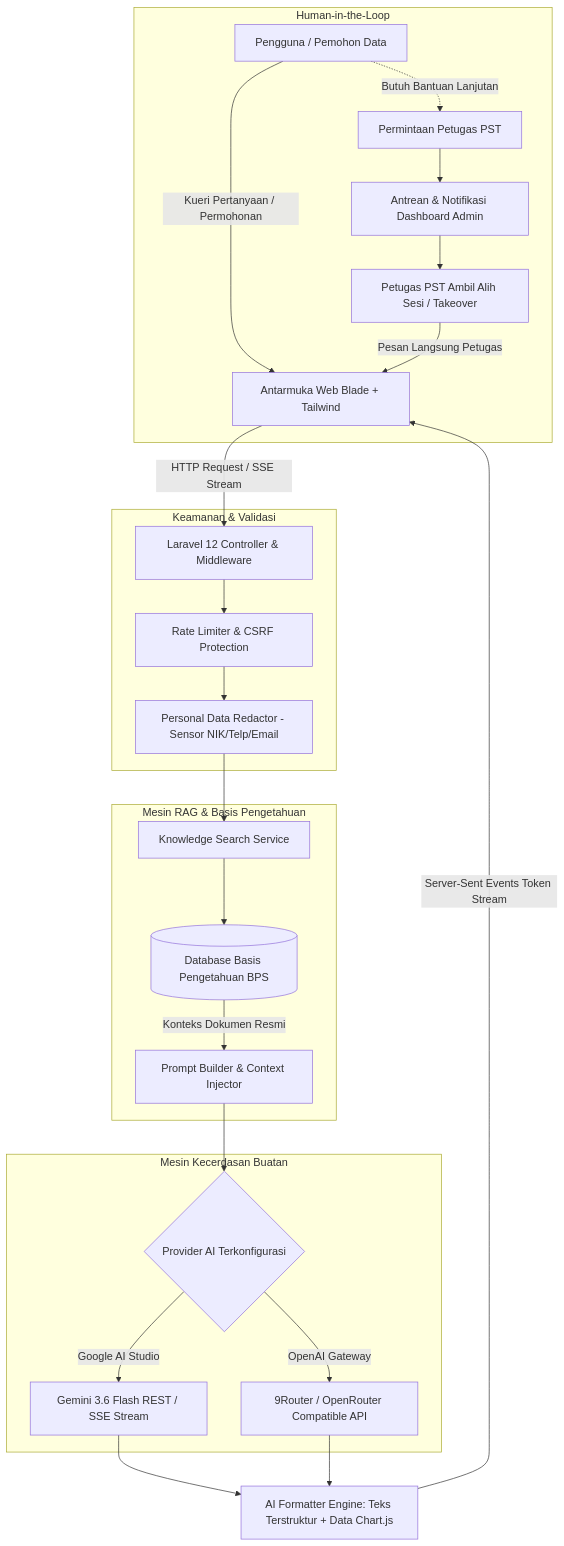
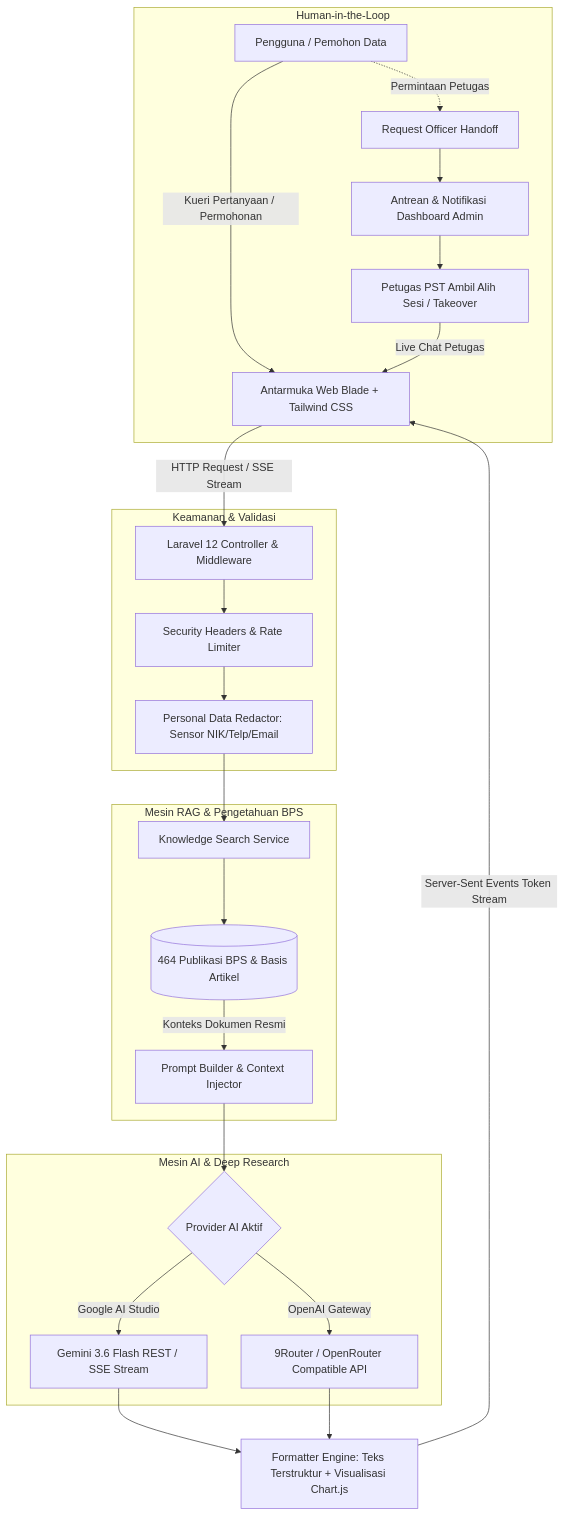
One commit to faizarfi/aichatbotbps changed the diagram in README.md. Above: the diagram before and after it, drawn with Mermaid. The commit also changed other lines of this file and 30 other files, not shown here.

Commit message:
feat: KARTA AI branding, 464 BPS publications sync, 3D spatial map, security hardening & executive README

````diff
--- a/README.md
+++ b/README.md
@@ -42,32 +51,32 @@
 ```mermaid
 flowchart TD
-    A[Pengguna / Pemohon Data] -->|Kueri Pertanyaan / Permohonan| B[Antarmuka Web Blade + Tailwind]
+    A[Pengguna / Pemohon Data] -->|Kueri Pertanyaan / Permohonan| B[Antarmuka Web Blade + Tailwind CSS]
     B -->|HTTP Request / SSE Stream| C[Laravel 12 Controller & Middleware]
-    
+
     subgraph Keamanan & Validasi
-        C --> D[Rate Limiter & CSRF Protection]
-        D --> E[Personal Data Redactor - Sensor NIK/Telp/Email]
+        C --> D[Security Headers & Rate Limiter]
+        D --> E[Personal Data Redactor: Sensor NIK/Telp/Email]
     end
 
-    subgraph Mesin RAG & Basis Pengetahuan
+    subgraph Mesin RAG & Pengetahuan BPS
         E --> F[Knowledge Search Service]
-        F --> G[(Database Basis Pengetahuan BPS)]
+        F --> G[(464 Publikasi BPS & Basis Artikel)]
         G -->|Konteks Dokumen Resmi| H[Prompt Builder & Context Injector]
     end
 
-    subgraph Mesin Kecerdasan Buatan
-        H --> I{Provider AI Terkonfigurasi}
+    subgraph Mesin AI & Deep Research
+        H --> I{Provider AI Aktif}
         I -->|Google AI Studio| J[Gemini 3.6 Flash REST / SSE Stream]
         I -->|OpenAI Gateway| K[9Router / OpenRouter Compatible API]
     end
 
-    J & K --> L[AI Formatter Engine: Teks Terstruktur + Data Chart.js]
+    J & K --> L[Formatter Engine: Teks Terstruktur + Visualisasi Chart.js]
     L -->|Server-Sent Events Token Stream| B
-    
+
     subgraph Human-in-the-Loop
-        A -.->|Butuh Bantuan Lanjutan| M[Permintaan Petugas PST]
+        A -.->|Permintaan Petugas| M[Request Officer Handoff]
         M --> N[Antrean & Notifikasi Dashboard Admin]
         N --> O[Petugas PST Ambil Alih Sesi / Takeover]
-        O -->|Pesan Langsung Petugas| B
+        O -->|Live Chat Petugas| B
     end
 ```
````
